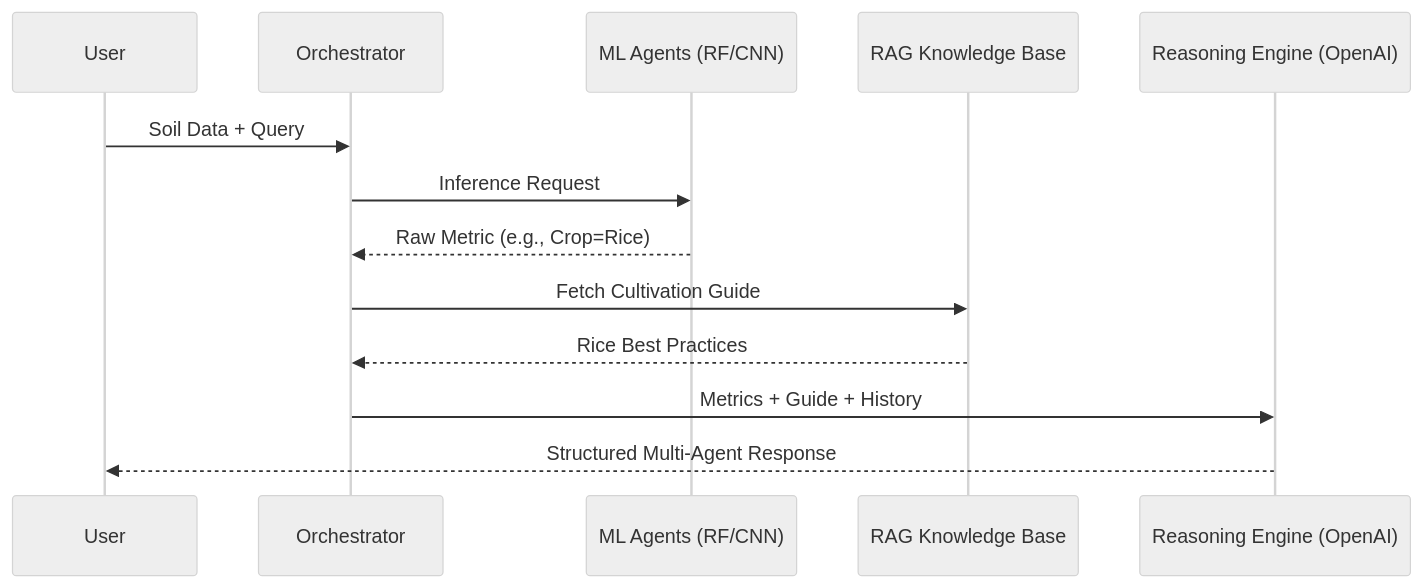
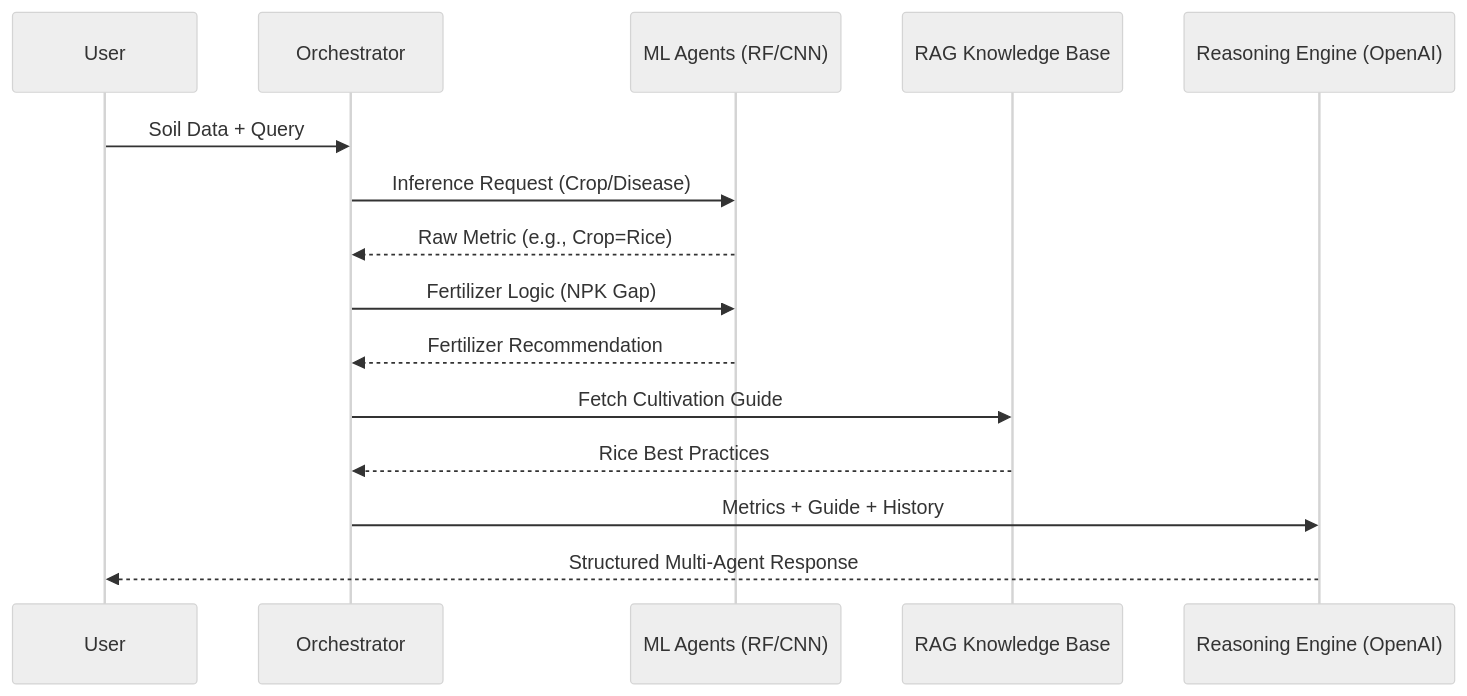
Before and after one commit to vannu07/Agro: the diagram in docs/Workflow_Data_Lifecycle.md, drawn with Mermaid (neutral theme). The commit also changed 2 other files, not shown here.

````diff
--- a/docs/Workflow_Data_Lifecycle.md
+++ b/docs/Workflow_Data_Lifecycle.md
@@ -43,16 +43,18 @@
 ```mermaid
 sequenceDiagram
     participant User
     participant ORCH as Orchestrator
     participant ML as ML Agents (RF/CNN)
     participant RAG as RAG Knowledge Base
     participant LLM as Reasoning Engine (OpenAI)
 
     User->>ORCH: Soil Data + Query
-    ORCH->>ML: Inference Request
+    ORCH->>ML: Inference Request (Crop/Disease)
     ML-->>ORCH: Raw Metric (e.g., Crop=Rice)
+    ORCH->>ML: Fertilizer Logic (NPK Gap)
+    ML-->>ORCH: Fertilizer Recommendation
     ORCH->>RAG: Fetch Cultivation Guide
     RAG-->>ORCH: Rice Best Practices
     ORCH->>LLM: Metrics + Guide + History
     LLM-->>User: Structured Multi-Agent Response
 ```
````
